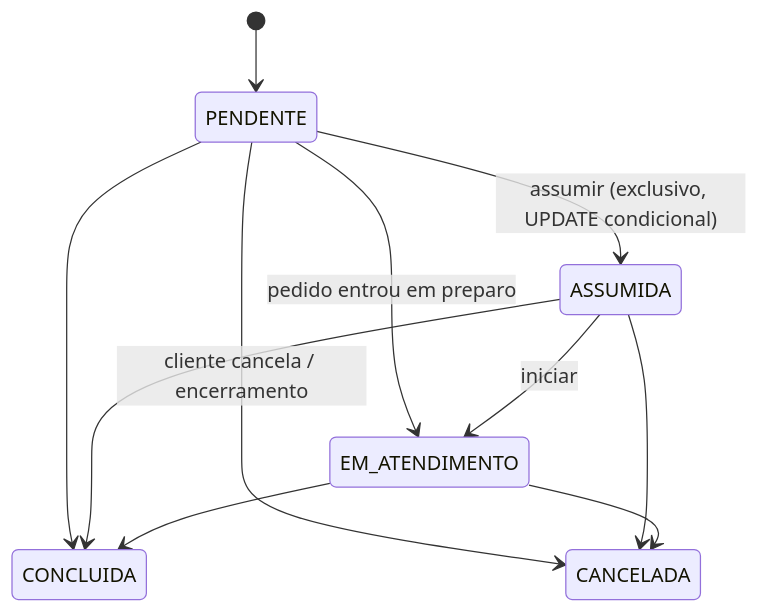
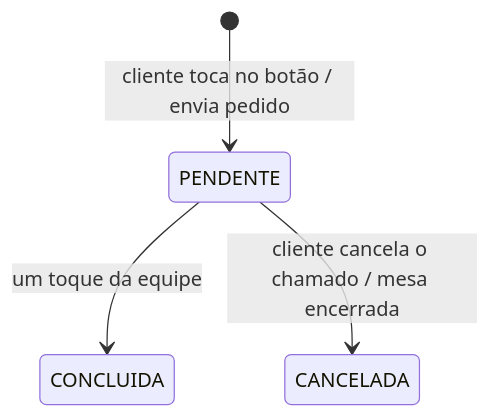
One commit to andradepv/ANDRIPA-Sistema-Atendimento changed the second of 2 diagrams in docs/03-estados.md. Above: the diagram before and after it, drawn with Mermaid. The commit also changed other lines of this file and 63 other files, not shown here.

````diff
--- a/docs/03-estados.md
+++ b/docs/03-estados.md
@@ -25,13 +23,6 @@
 ```mermaid
 stateDiagram-v2
-    [*] --> PENDENTE
-    PENDENTE --> ASSUMIDA: assumir (exclusivo, UPDATE condicional)
-    PENDENTE --> EM_ATENDIMENTO: pedido entrou em preparo
-    PENDENTE --> CONCLUIDA
-    PENDENTE --> CANCELADA: cliente cancela / encerramento
-    ASSUMIDA --> EM_ATENDIMENTO: iniciar
-    ASSUMIDA --> CONCLUIDA
-    ASSUMIDA --> CANCELADA
-    EM_ATENDIMENTO --> CONCLUIDA
-    EM_ATENDIMENTO --> CANCELADA
+    [*] --> PENDENTE: cliente toca no botão / envia pedido
+    PENDENTE --> CONCLUIDA: um toque da equipe
+    PENDENTE --> CANCELADA: cliente cancela o chamado / mesa encerrada
 ```
````
